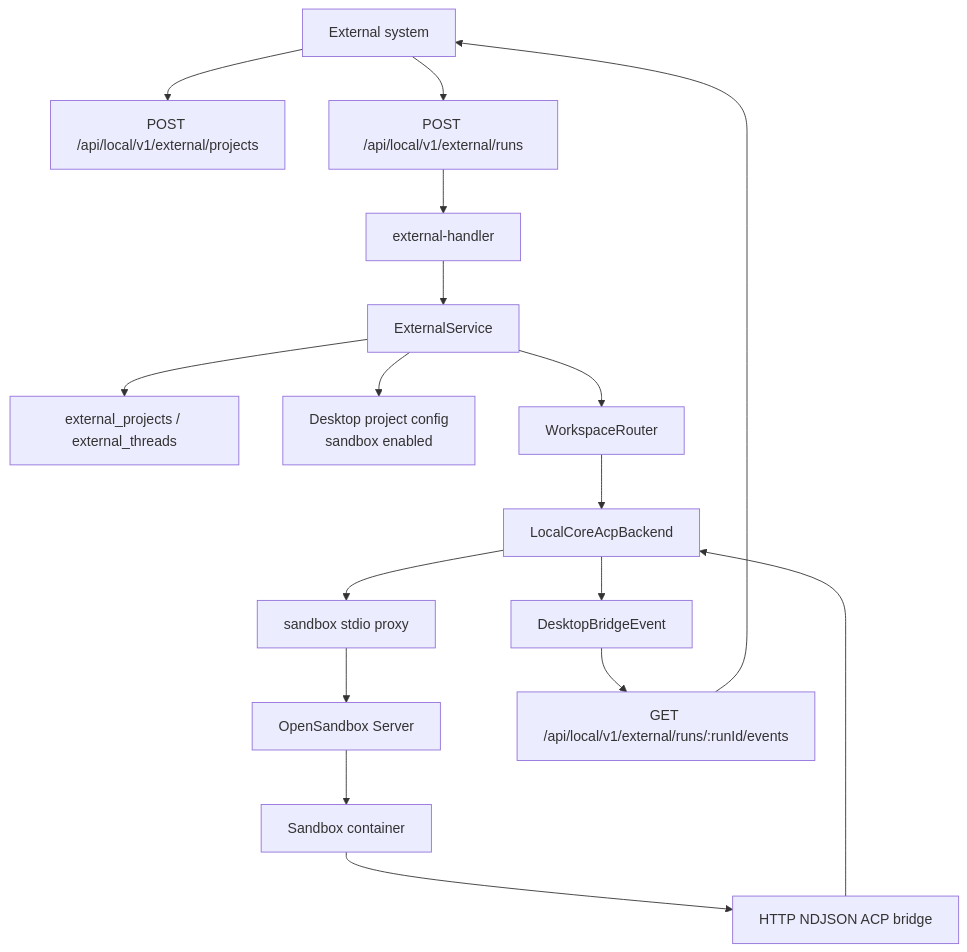
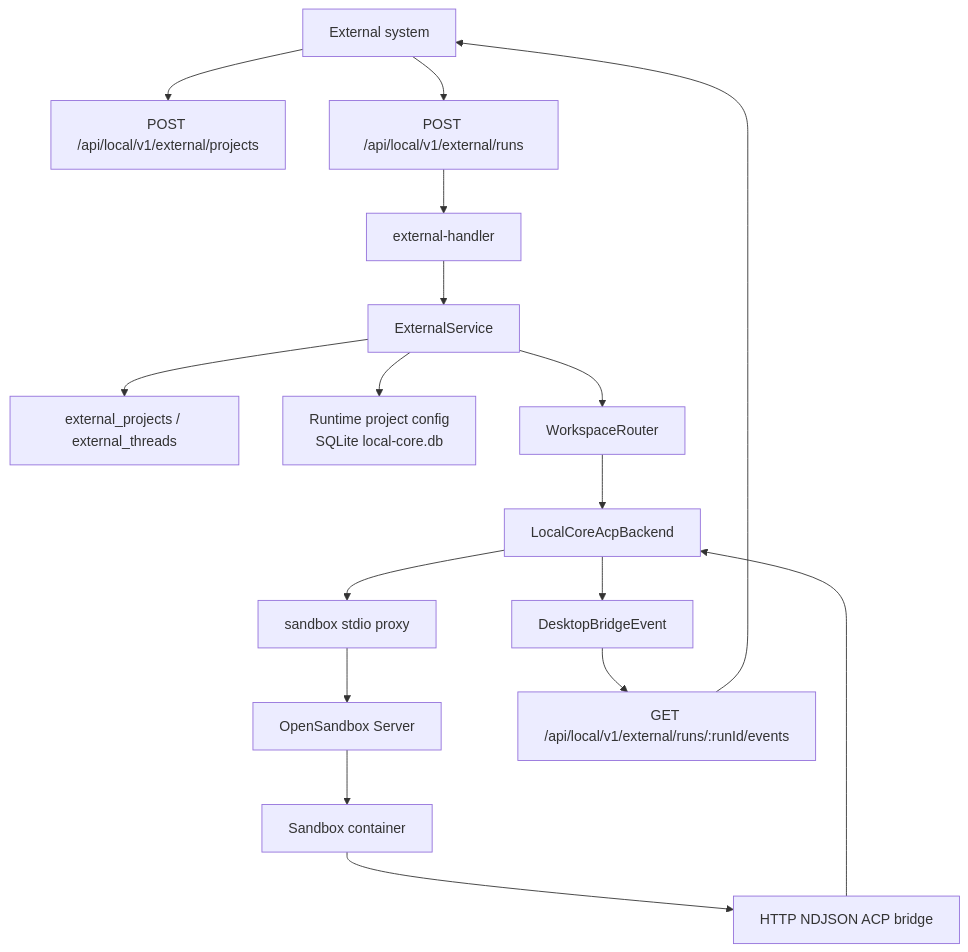
The diagram in docs/architecture/cloud-sandbox-and-external-api.md (helloimcx/agentdock), drawn with Mermaid before and after one commit. The commit also changed other lines of this file and 36 other files, not shown here.

Commit message:
Persist runtime config in sqlite

````diff
--- a/docs/architecture/cloud-sandbox-and-external-api.md
+++ b/docs/architecture/cloud-sandbox-and-external-api.md
@@ -7,19 +7,19 @@
 ```mermaid
 flowchart TD
   Client["External system"] --> Projects["POST /api/local/v1/external/projects"]
   Client --> Runs["POST /api/local/v1/external/runs"]
   Runs --> ExternalHandler["external-handler"]
   ExternalHandler --> ExternalSvc["ExternalService"]
   ExternalSvc --> ExternalStore["external_projects / external_threads"]
-  ExternalSvc --> Config["Desktop project config<br/>sandbox enabled"]
+  ExternalSvc --> Config["Runtime project config<br/>SQLite local-core.db"]
   ExternalSvc --> Router["WorkspaceRouter"]
   Router --> ACP["LocalCoreAcpBackend"]
   ACP --> SandboxProxy["sandbox stdio proxy"]
   SandboxProxy --> OpenSandbox["OpenSandbox Server"]
   OpenSandbox --> Container["Sandbox container"]
   Container --> Bridge["HTTP NDJSON ACP bridge"]
   Bridge --> ACP
   ACP --> Events["DesktopBridgeEvent"]
   Events --> SSE["GET /api/local/v1/external/runs/:runId/events"]
   SSE --> Client
 ```
````
